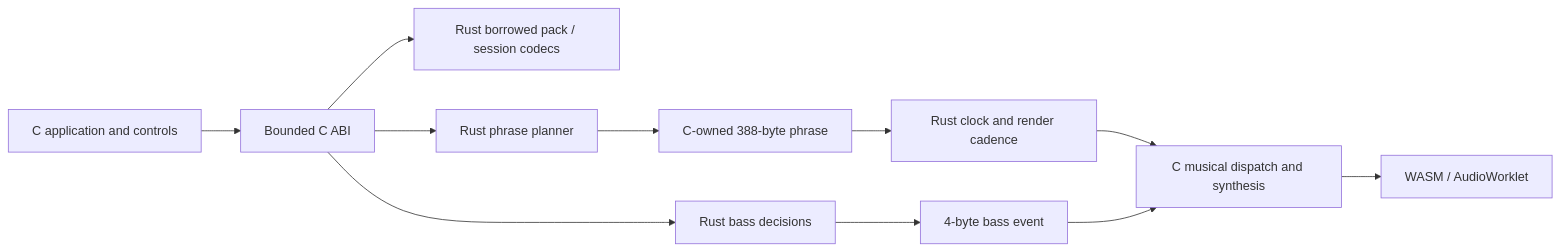
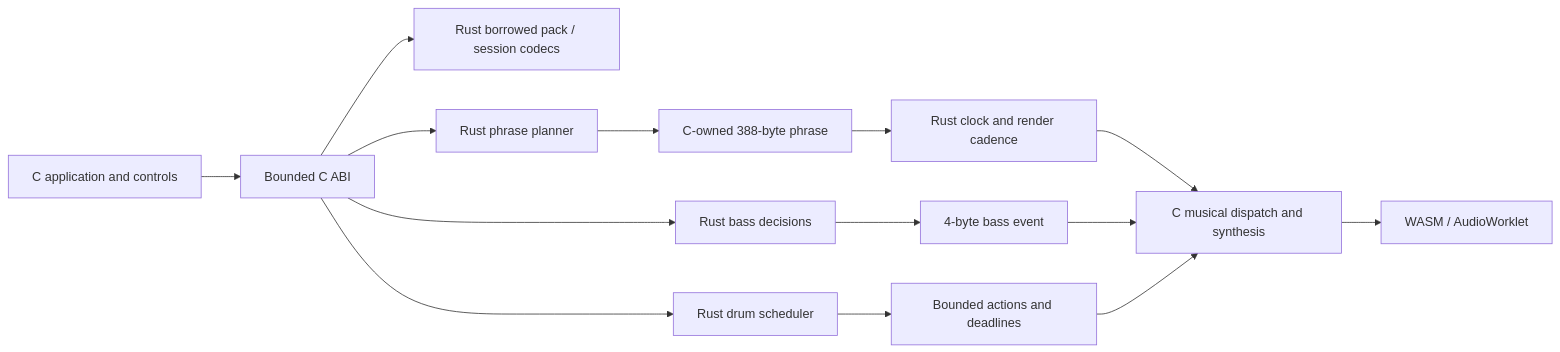
Before and after one commit to superposition/91: the second of 2 diagrams in docs/RUST_MIGRATION.md, drawn with Mermaid. The commit also changed other lines of this file, not shown here.

Commit message:
Document bounded drum scheduling and remaining melodic scope

````diff
--- a/docs/RUST_MIGRATION.md
+++ b/docs/RUST_MIGRATION.md
@@ -98,13 +99,16 @@
 ```mermaid
 flowchart LR
   UI[C application and controls] --> ABI[Bounded C ABI]
   ABI --> Pack[Rust borrowed pack / session codecs]
   ABI --> Plan[Rust phrase planner]
   ABI --> Bass[Rust bass decisions]
+  ABI --> Seq[Rust drum scheduler]
   Plan --> Phrase[C-owned 388-byte phrase]
   Bass --> Event[4-byte bass event]
   Phrase --> Timing[Rust clock and render cadence]
   Timing --> DSP[C musical dispatch and synthesis]
   Event --> DSP
+  Seq --> Hits[Bounded actions and deadlines]
+  Hits --> DSP
   DSP --> WASM[WASM / AudioWorklet]
 ```
````
